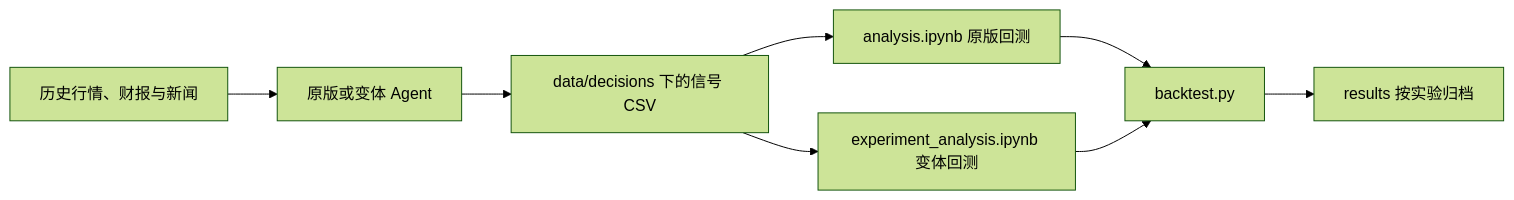
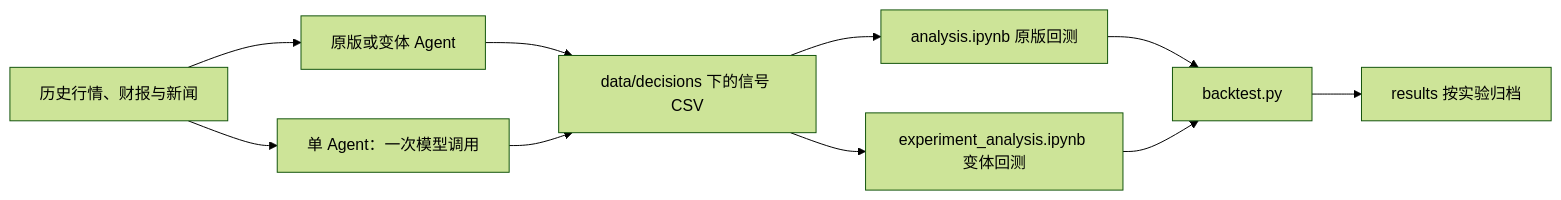
Before and after one commit to CatchMan1/TradingAgent-project: the diagram in README.md, drawn with Mermaid (forest theme). The commit also changed other lines of this file and 6 other files, not shown here.

Commit message:
Add single-agent signal backtest pipeline

````diff
--- a/README.md
+++ b/README.md
@@ -5,10 +5,12 @@
 ```mermaid
 flowchart LR
     Data[历史行情、财报与新闻] --> Agent[原版或变体 Agent]
+    Data --> Single[单 Agent：一次模型调用]
     Agent --> CSV[data/decisions 下的信号 CSV]
+    Single --> CSV
     CSV --> Original[analysis.ipynb 原版回测]
     CSV --> Experiments[experiment_analysis.ipynb 变体回测]
     Original --> Core[backtest.py]
     Experiments --> Core
     Core --> Results[results 按实验归档]
 ```
````
